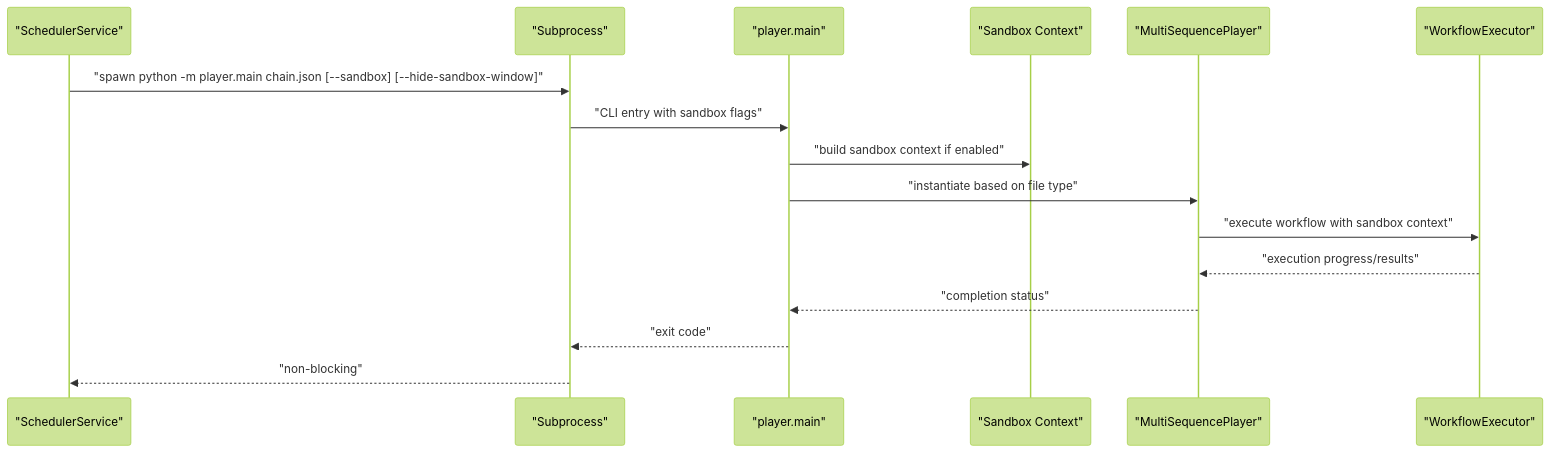
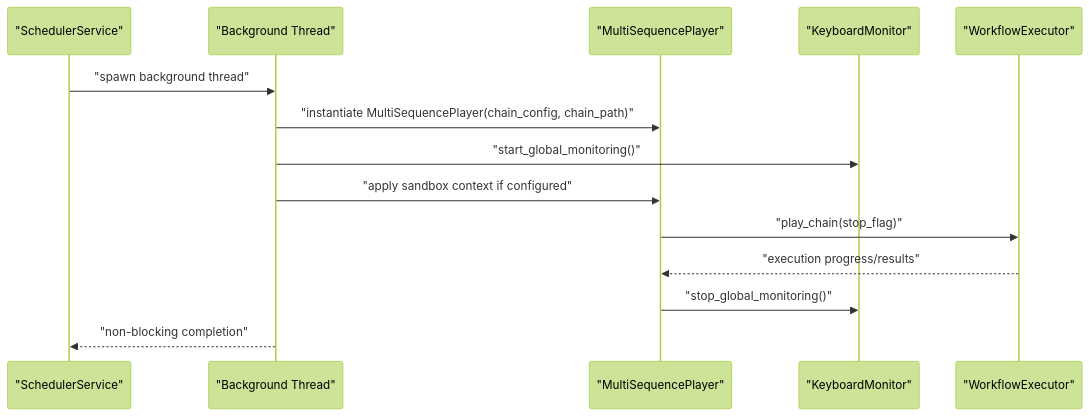
One commit to RodrigoBenitez343/Arrow changed the fourth of 5 diagrams in .qoder/repowiki/en/content/Scheduler Service.md. Above: the diagram before and after it, drawn with Mermaid (forest theme). The commit also changed other lines of this file and 53 other files, not shown here.

````diff
--- a/.qoder/repowiki/en/content/Scheduler Service.md
+++ b/.qoder/repowiki/en/content/Scheduler Service.md
@@ -263,18 +264,16 @@
 ```mermaid
 sequenceDiagram
 participant SVC as "SchedulerService"
-participant SUB as "Subprocess"
-participant PM as "player.main"
-participant SANDBOX as "Sandbox Context"
+participant BG as "Background Thread"
 participant MSP as "MultiSequencePlayer"
+participant KBMON as "KeyboardMonitor"
 participant WEX as "WorkflowExecutor"
-SVC->>SUB : "spawn python -m player.main chain.json [--sandbox] [--hide-sandbox-window]"
-SUB->>PM : "CLI entry with sandbox flags"
-PM->>SANDBOX : "build sandbox context if enabled"
-PM->>MSP : "instantiate based on file type"
-MSP->>WEX : "execute workflow with sandbox context"
+SVC->>BG : "spawn background thread"
+BG->>MSP : "instantiate MultiSequencePlayer(chain_config, chain_path)"
+BG->>KBMON : "start_global_monitoring()"
+BG->>MSP : "apply sandbox context if configured"
+MSP->>WEX : "play_chain(stop_flag)"
 WEX-->>MSP : "execution progress/results"
-MSP-->>PM : "completion status"
-PM-->>SUB : "exit code"
-SUB-->>SVC : "non-blocking"
+MSP->>KBMON : "stop_global_monitoring()"
+BG-->>SVC : "non-blocking completion"
 ```
````
